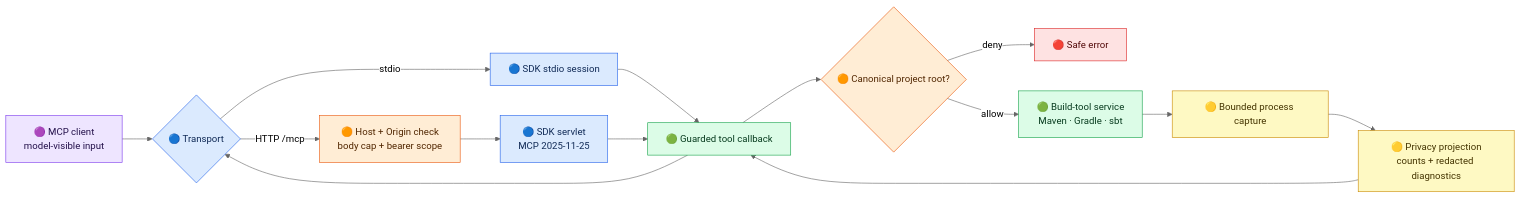
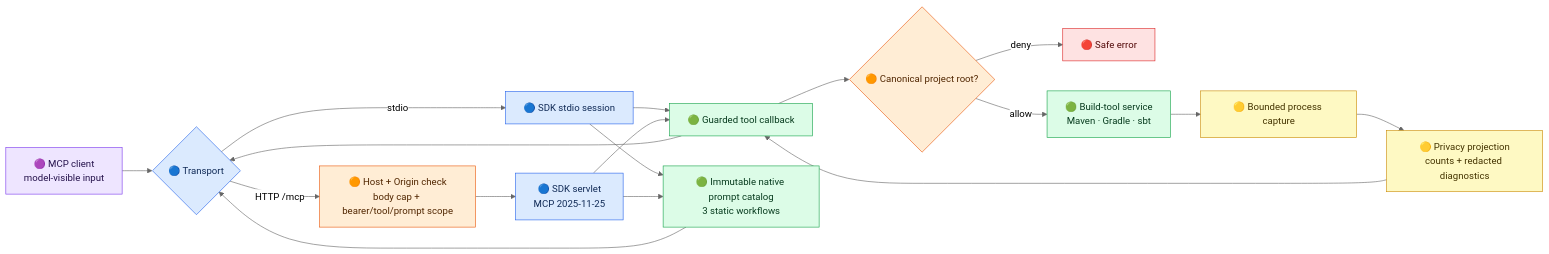
Before and after one commit to thepragmatik/mcp-server-jvm-build-tools: the first of 2 diagrams in docs/reference/architecture.md, drawn with Mermaid (neutral theme). The commit also changed other lines of this file and 17 other files, not shown here.

First line of the commit message:
Add scoped native MCP build prompts (#243)

````diff
--- a/docs/reference/architecture.md
+++ b/docs/reference/architecture.md
@@ -11,28 +11,31 @@
 ```mermaid
 flowchart LR
     A["🟣 MCP client<br/>model-visible input"] --> T{"🔵 Transport"}
     T -->|stdio| S["🔵 SDK stdio session"]
-    T -->|HTTP /mcp| H["🟠 Host + Origin check<br/>body cap + bearer scope"]
+    T -->|HTTP /mcp| H["🟠 Host + Origin check<br/>body cap + bearer/tool/prompt scope"]
     H --> Q["🔵 SDK servlet<br/>MCP 2025-11-25"]
     S --> C["🟢 Guarded tool callback"]
     Q --> C
+    S --> N["🟢 Immutable native prompt catalog<br/>3 static workflows"]
+    Q --> N
+    N --> T
     C --> P{"🟠 Canonical project root?"}
     P -->|deny| X["🔴 Safe error"]
     P -->|allow| B["🟢 Build-tool service<br/>Maven · Gradle · sbt"]
     B --> O["🟡 Bounded process capture"]
     O --> R["🟡 Privacy projection<br/>counts + redacted diagnostics"]
     R --> C
     C --> T
     classDef client fill:#eee5ff,stroke:#7c3aed,color:#24114b
     classDef transport fill:#dbeafe,stroke:#2563eb,color:#102a56
     classDef decision fill:#ffedd5,stroke:#ea580c,color:#512600
     classDef work fill:#dcfce7,stroke:#16a34a,color:#073b1e
     classDef output fill:#fef9c3,stroke:#ca8a04,color:#443400
     classDef reject fill:#fee2e2,stroke:#dc2626,color:#520909
     class A client
     class T,S,Q transport
     class H,P decision
-    class C,B work
+    class C,B,N work
     class O,R output
     class X reject
 ```
````
